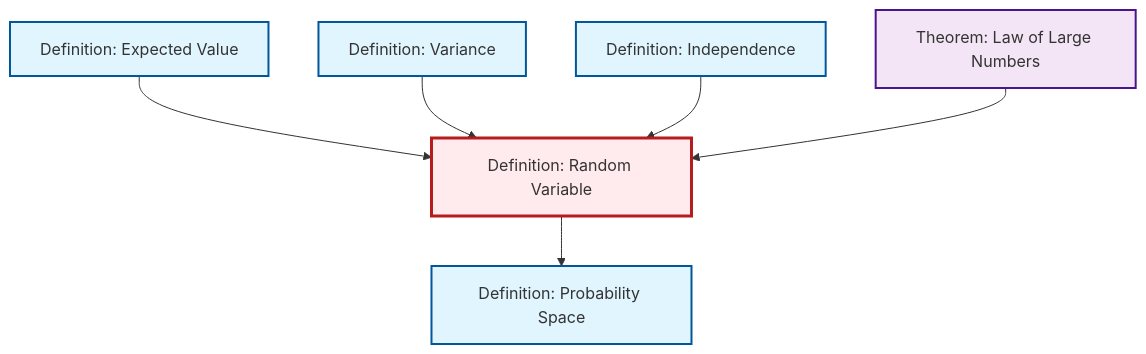
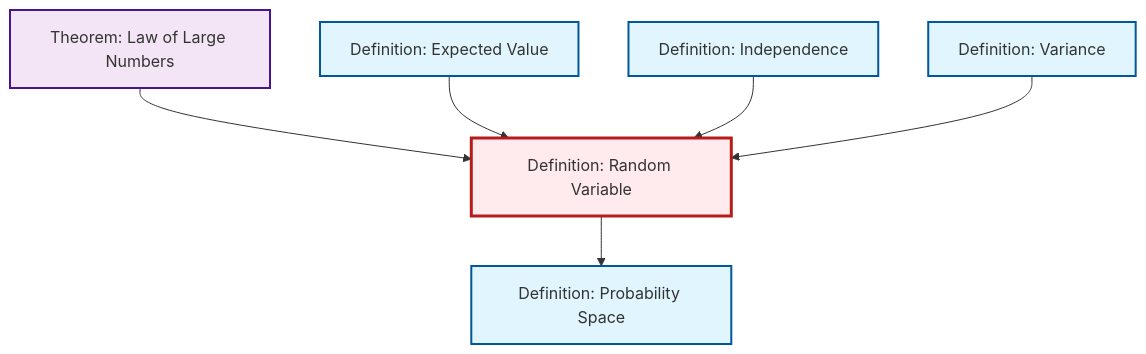
Before and after one commit to RK0429/ModernMath: the diagram in content/ja/probability-statistics/def-random-variable.qmd, drawn with Mermaid. The commit also changed other lines of this file and 615 other files, not shown here.

````diff
--- a/content/ja/probability-statistics/def-random-variable.qmd
+++ b/content/ja/probability-statistics/def-random-variable.qmd
@@ -48,26 +48,26 @@
 ```{mermaid}
 %%| fig-cap: "Local dependency graph"
 graph TD
     classDef definition fill:#e1f5fe,stroke:#01579b,stroke-width:2px
     classDef theorem fill:#f3e5f5,stroke:#4a148c,stroke-width:2px
     classDef axiom fill:#fff3e0,stroke:#e65100,stroke-width:2px
     classDef example fill:#e8f5e9,stroke:#1b5e20,stroke-width:2px
     classDef current fill:#ffebee,stroke:#b71c1c,stroke-width:3px
+    def-independence["Definition: Independence"]:::definition
+    def-probability-space["Definition: Probability Space"]:::definition
+    def-random-variable["Definition: Random Variable"]:::definition
     thm-law-of-large-numbers["Theorem: Law of Large Numbers"]:::theorem
+    def-variance["Definition: Variance"]:::definition
     def-expectation["Definition: Expected Value"]:::definition
-    def-random-variable["Definition: Random Variable"]:::definition
-    def-probability-space["Definition: Probability Space"]:::definition
-    def-independence["Definition: Independence"]:::definition
-    def-variance["Definition: Variance"]:::definition
+    thm-law-of-large-numbers --> def-random-variable
+    def-random-variable --> def-probability-space
     def-expectation --> def-random-variable
+    def-independence --> def-random-variable
     def-variance --> def-random-variable
-    def-independence --> def-random-variable
-    def-random-variable --> def-probability-space
-    thm-law-of-large-numbers --> def-random-variable
     class def-random-variable current
+    click def-independence "def-independence.html" "Definition: Independenceへ"
+    click def-probability-space "def-probability-space.html" "Definition: Probability Spaceへ"
     click thm-law-of-large-numbers "thm-law-of-large-numbers.html" "Theorem: Law of Large Numbersへ"
+    click def-variance "def-variance.html" "Definition: Varianceへ"
     click def-expectation "def-expectation.html" "Definition: Expected Valueへ"
-    click def-probability-space "def-probability-space.html" "Definition: Probability Spaceへ"
-    click def-independence "def-independence.html" "Definition: Independenceへ"
-    click def-variance "def-variance.html" "Definition: Varianceへ"
 ```
````
